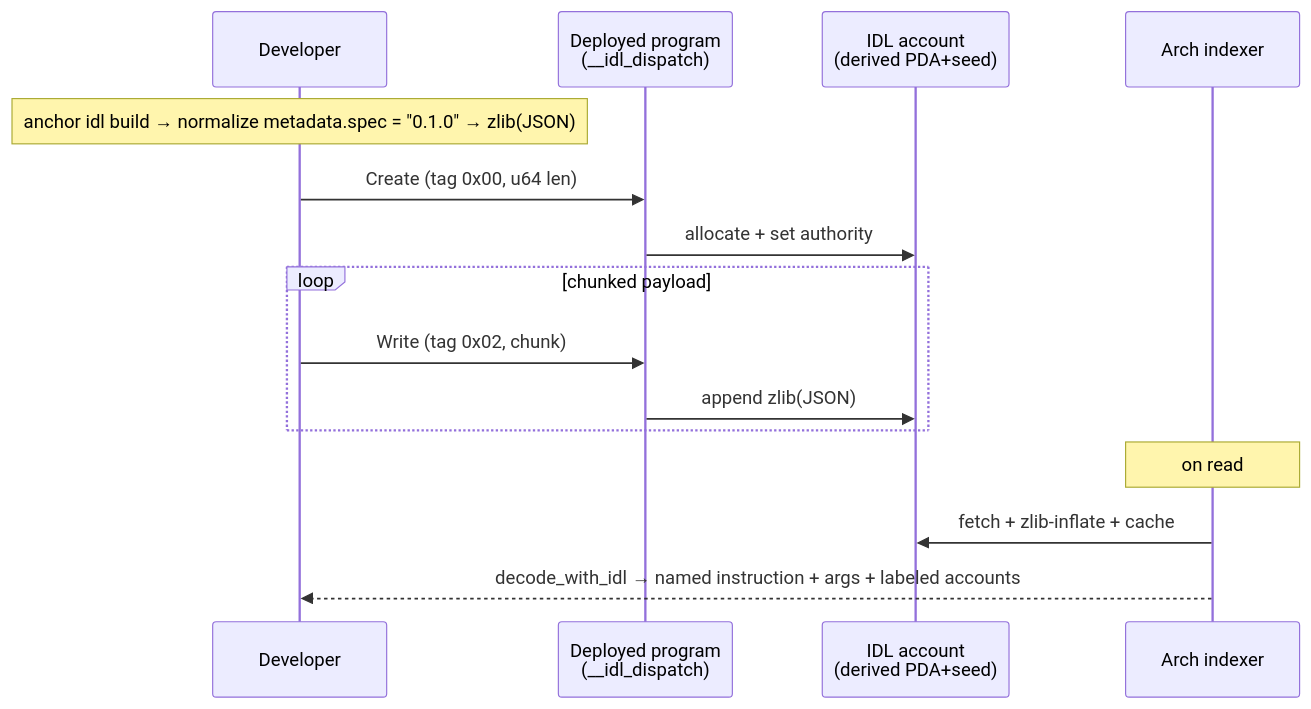
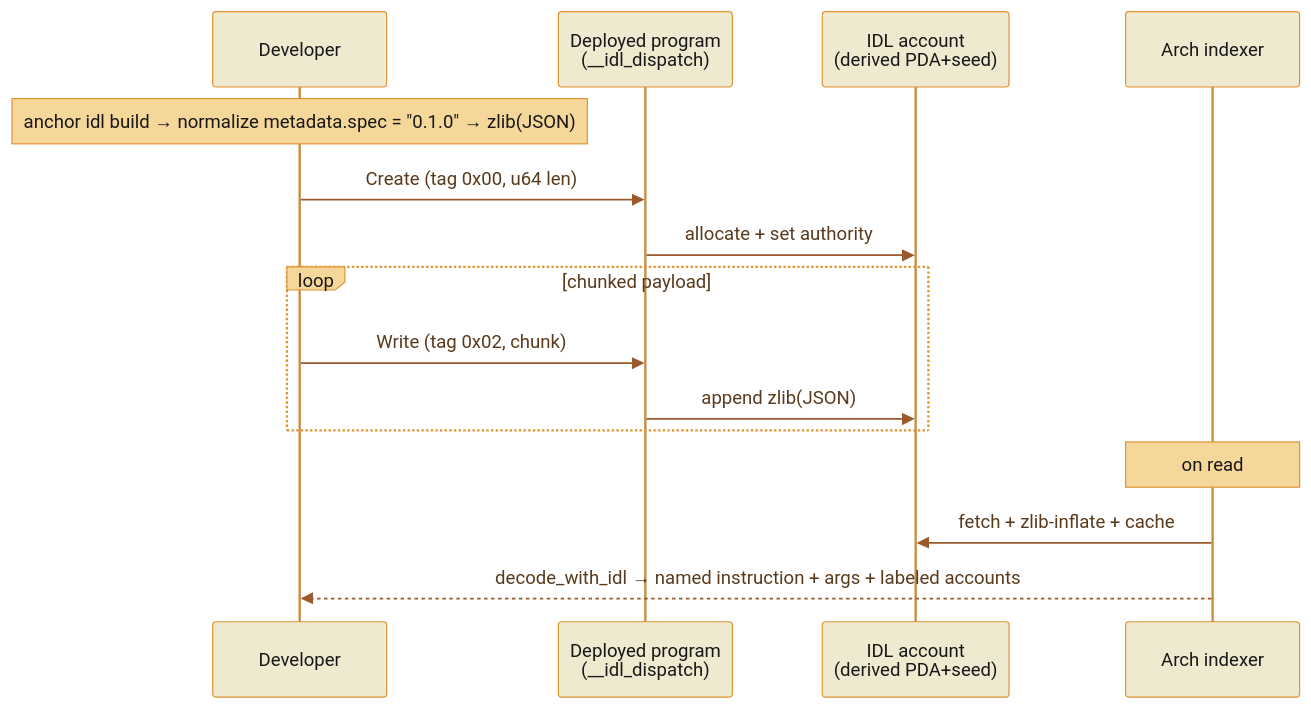
One commit to Arch-Network/docs-fumadocs changed the diagram in content/docs/development/porting-a-solana-anchor-program.mdx. Above: the diagram before and after it, drawn with Mermaid. The commit also changed other lines of this file and 2 other files, not shown here.

First line of the commit message:
docs: replace porting-guide diagrams with styled components

````diff
--- a/content/docs/development/porting-a-solana-anchor-program.mdx
+++ b/content/docs/development/porting-a-solana-anchor-program.mdx
@@ -316,18 +323,19 @@
 ```mermaid
+%%{init: {"theme":"base","themeVariables":{"fontFamily":"Geist, sans-serif","primaryColor":"#efe9cf","primaryBorderColor":"#e0922e","primaryTextColor":"#181818","actorBkg":"#efe9cf","actorBorder":"#e0922e","actorTextColor":"#181818","actorLineColor":"#c98a3a","signalColor":"#9a5a2c","signalTextColor":"#5a3a1c","labelBoxBkgColor":"#f6d79a","labelBoxBorderColor":"#e0922e","labelTextColor":"#181818","loopTextColor":"#5a3a1c","noteBkgColor":"#f6d79a","noteBorderColor":"#e0922e","noteTextColor":"#181818","activationBkgColor":"#f3c873","activationBorderColor":"#e0922e","sequenceNumberColor":"#ffffff"}}}%%
 sequenceDiagram
     participant Dev as Developer
     participant Prog as Deployed program<br/>(__idl_dispatch)
     participant Acct as IDL account<br/>(derived PDA+seed)
     participant Idx as Arch indexer
 
     Note over Dev: anchor idl build → normalize metadata.spec = "0.1.0" → zlib(JSON)
     Dev->>Prog: Create (tag 0x00, u64 len)
     Prog->>Acct: allocate + set authority
     loop chunked payload
         Dev->>Prog: Write (tag 0x02, chunk)
         Prog->>Acct: append zlib(JSON)
     end
     Note over Idx: on read
     Idx->>Acct: fetch + zlib-inflate + cache
     Idx-->>Dev: decode_with_idl → named instruction + args + labeled accounts
 ```
````
